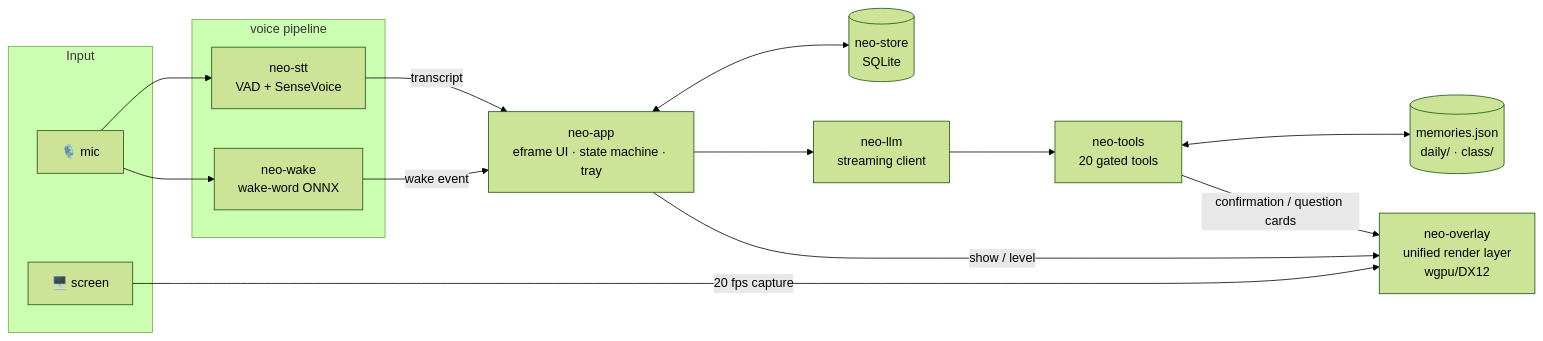
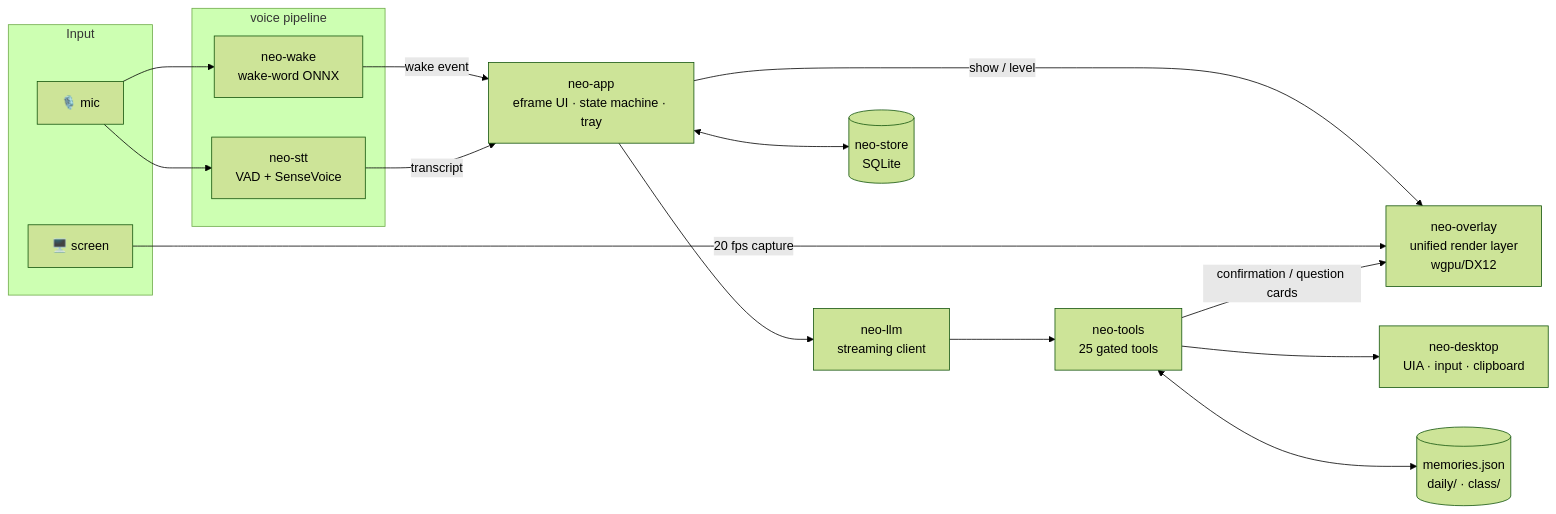
One commit to ChidcGithub/Neo changed the second of 4 diagrams in README.md. Above: the diagram before and after it, drawn with Mermaid (forest theme). The commit also changed other lines of this file and 36 other files, not shown here.

First line of the commit message:
Add neo-desktop input layer and desktop typing/scroll tools (@ElofHew)

````diff
--- a/README.md
+++ b/README.md
@@ -366,28 +366,29 @@
 ```mermaid
 flowchart LR
     subgraph Input
         Mic[🎙️ mic]
         Screen[🖥️ screen]
     end
 
     subgraph Voice["voice pipeline"]
         Wake[neo-wake<br/>wake-word ONNX]
         STT[neo-stt<br/>VAD + SenseVoice]
     end
 
     App[neo-app<br/>eframe UI · state machine · tray]
     Overlay[neo-overlay<br/>unified render layer<br/>wgpu/DX12]
     LLM[neo-llm<br/>streaming client]
-    Tools[neo-tools<br/>20 gated tools]
+    Tools[neo-tools<br/>25 gated tools]
+    Desktop[neo-desktop<br/>UIA · input · clipboard]
     Store[(neo-store<br/>SQLite)]
     FS[(memories.json<br/>daily/ · class/)]
 
     Mic --> Wake -->|wake event| App
     Mic --> STT -->|transcript| App
     App -->|show / level| Overlay
     Screen -->|20 fps capture| Overlay
-    App --> LLM --> Tools
+    App --> LLM --> Tools --> Desktop
     Tools -->|confirmation / question cards| Overlay
     App <--> Store
     Tools <--> FS
 ```
````
